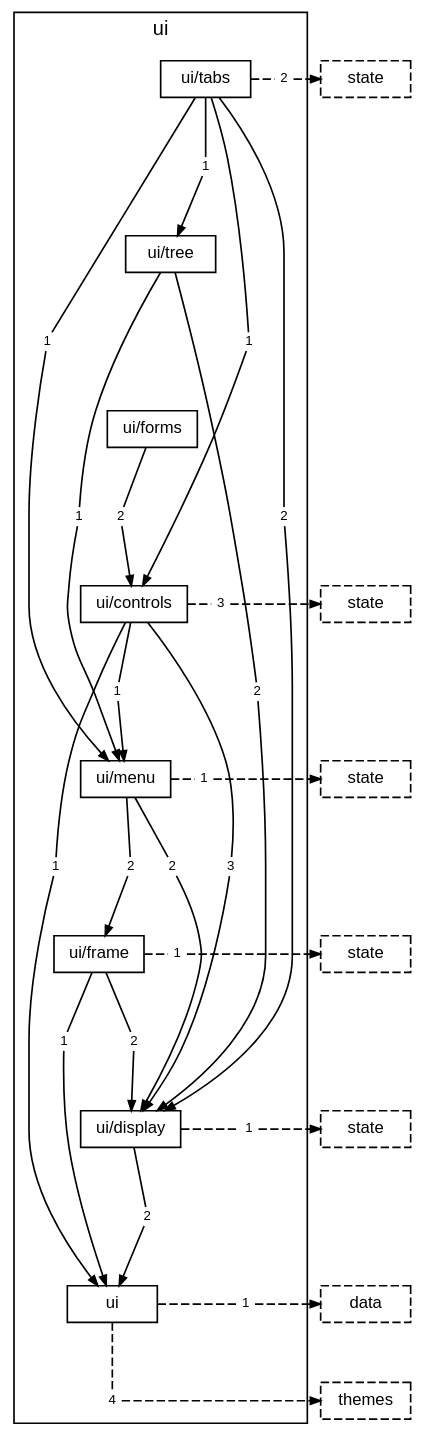
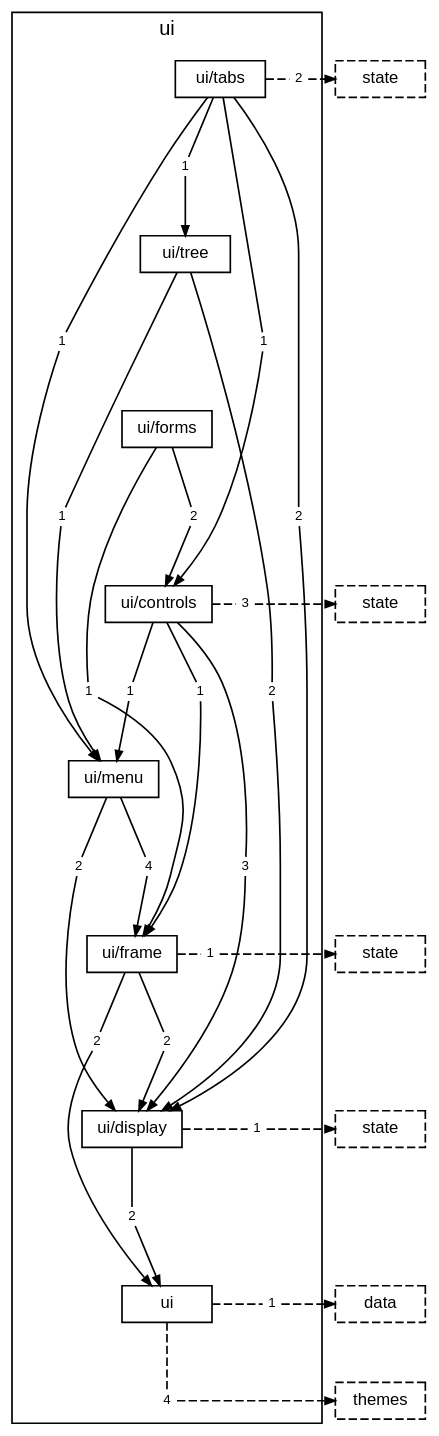
One commit to TheAxeC/oculus changed the diagram in docs/diagrams/layer-ui.dot. Above: the diagram before and after it, drawn with Graphviz. The commit also changed 66 other files, not shown here.

```diff
--- a/docs/diagrams/layer-ui.dot
+++ b/docs/diagrams/layer-ui.dot
@@ -1,103 +1,101 @@
 digraph layer_ui {
     graph [bgcolor="transparent", rankdir=TB, newrank=true, fontname="Helvetica,Arial,sans-serif", fontsize=12, nodesep=0.2, ranksep=0.5];
     node [shape=box, color="black", fontcolor="black", fontname="Helvetica,Arial,sans-serif", fontsize=10, height=0.3, margin="0.12,0.04"];
     edge [color="black", fontcolor="black", fontname="Helvetica,Arial,sans-serif", fontsize=8, arrowsize=0.6];
     subgraph "cluster_ui" {
         label="ui"; style=solid;
         "folder ui/tabs" [label="ui/tabs"];
         "folder ui/tree" [label="ui/tree"];
         "folder ui/forms" [label="ui/forms"];
         "folder ui/controls" [label="ui/controls"];
         "folder ui/menu" [label="ui/menu"];
         "folder ui/frame" [label="ui/frame"];
         "folder ui/display" [label="ui/display"];
         "folder ui" [label="ui"];
         "folder ui/tabs to folder ui/controls" [label="1", shape=box, color="transparent", fontsize=8, width=0, height=0, margin="0.04,0.02"];
         "folder ui/tabs to folder ui/display" [label="2", shape=box, color="transparent", fontsize=8, width=0, height=0, margin="0.04,0.02"];
         "folder ui/tabs to folder ui/menu" [label="1", shape=box, color="transparent", fontsize=8, width=0, height=0, margin="0.04,0.02"];
         "folder ui/tabs to folder ui/tree" [label="1", shape=box, color="transparent", fontsize=8, width=0, height=0, margin="0.04,0.02"];
         "folder ui/tabs to layer state" [label="2", shape=box, color="transparent", fontsize=8, width=0, height=0, margin="0.04,0.02"];
         "folder ui/tree to folder ui/display" [label="2", shape=box, color="transparent", fontsize=8, width=0, height=0, margin="0.04,0.02"];
         "folder ui/tree to folder ui/menu" [label="1", shape=box, color="transparent", fontsize=8, width=0, height=0, margin="0.04,0.02"];
         "folder ui/forms to folder ui/controls" [label="2", shape=box, color="transparent", fontsize=8, width=0, height=0, margin="0.04,0.02"];
-        "folder ui/controls to folder ui" [label="1", shape=box, color="transparent", fontsize=8, width=0, height=0, margin="0.04,0.02"];
+        "folder ui/forms to folder ui/frame" [label="1", shape=box, color="transparent", fontsize=8, width=0, height=0, margin="0.04,0.02"];
         "folder ui/controls to folder ui/display" [label="3", shape=box, color="transparent", fontsize=8, width=0, height=0, margin="0.04,0.02"];
+        "folder ui/controls to folder ui/frame" [label="1", shape=box, color="transparent", fontsize=8, width=0, height=0, margin="0.04,0.02"];
         "folder ui/controls to folder ui/menu" [label="1", shape=box, color="transparent", fontsize=8, width=0, height=0, margin="0.04,0.02"];
         "folder ui/controls to layer state" [label="3", shape=box, color="transparent", fontsize=8, width=0, height=0, margin="0.04,0.02"];
         "folder ui/menu to folder ui/display" [label="2", shape=box, color="transparent", fontsize=8, width=0, height=0, margin="0.04,0.02"];
-        "folder ui/menu to folder ui/frame" [label="2", shape=box, color="transparent", fontsize=8, width=0, height=0, margin="0.04,0.02"];
-        "folder ui/menu to layer state" [label="1", shape=box, color="transparent", fontsize=8, width=0, height=0, margin="0.04,0.02"];
-        "folder ui/frame to folder ui" [label="1", shape=box, color="transparent", fontsize=8, width=0, height=0, margin="0.04,0.02"];
+        "folder ui/menu to folder ui/frame" [label="4", shape=box, color="transparent", fontsize=8, width=0, height=0, margin="0.04,0.02"];
+        "folder ui/frame to folder ui" [label="2", shape=box, color="transparent", fontsize=8, width=0, height=0, margin="0.04,0.02"];
         "folder ui/frame to folder ui/display" [label="2", shape=box, color="transparent", fontsize=8, width=0, height=0, margin="0.04,0.02"];
         "folder ui/frame to layer state" [label="1", shape=box, color="transparent", fontsize=8, width=0, height=0, margin="0.04,0.02"];
         "folder ui/display to folder ui" [label="2", shape=box, color="transparent", fontsize=8, width=0, height=0, margin="0.04,0.02"];
         "folder ui/display to layer state" [label="1", shape=box, color="transparent", fontsize=8, width=0, height=0, margin="0.04,0.02"];
         "folder ui to layer data" [label="1", shape=box, color="transparent", fontsize=8, width=0, height=0, margin="0.04,0.02"];
         "folder ui to layer themes" [label="4", shape=box, color="transparent", fontsize=8, width=0, height=0, margin="0.04,0.02"];
     }
     "layer state from folder ui/tabs" [label="state", style=dashed];
     "layer state from folder ui/controls" [label="state", style=dashed];
-    "layer state from folder ui/menu" [label="state", style=dashed];
     "layer state from folder ui/frame" [label="state", style=dashed];
     "layer state from folder ui/display" [label="state", style=dashed];
     "layer data from folder ui" [label="data", style=dashed];
     "layer themes from folder ui" [label="themes", style=dashed];
     "folder ui/tabs" -> "folder ui/tree" [style=invis, weight=10, minlen=2];
     "folder ui/tree" -> "folder ui/forms" [style=invis, weight=10, minlen=2];
     "folder ui/forms" -> "folder ui/controls" [style=invis, weight=10, minlen=2];
     "folder ui/controls" -> "folder ui/menu" [style=invis, weight=10, minlen=2];
     "folder ui/menu" -> "folder ui/frame" [style=invis, weight=10, minlen=2];
     "folder ui/frame" -> "folder ui/display" [style=invis, weight=10, minlen=2];
     "folder ui/display" -> "folder ui" [style=invis, weight=10, minlen=2];
     "folder ui/tabs" -> "folder ui/tabs to folder ui/controls" [arrowhead=none, minlen=3, weight=10];
     "folder ui/tabs to folder ui/controls" -> "folder ui/controls" [];
     "folder ui/tabs" -> "folder ui/tabs to folder ui/display" [arrowhead=none, minlen=5, weight=10];
     "folder ui/tabs to folder ui/display" -> "folder ui/display" [];
     "folder ui/tabs" -> "folder ui/tabs to folder ui/menu" [arrowhead=none, minlen=3, weight=10];
     "folder ui/tabs to folder ui/menu" -> "folder ui/menu" [];
     "folder ui/tabs" -> "folder ui/tabs to folder ui/tree" [arrowhead=none, minlen=1, weight=10];
     "folder ui/tabs to folder ui/tree" -> "folder ui/tree" [];
     "folder ui/tabs" -> "folder ui/tabs to layer state" [arrowhead=none, style=dashed];
     "folder ui/tabs to layer state" -> "layer state from folder ui/tabs" [style=dashed];
     { rank=same; "folder ui/tabs"; "folder ui/tabs to layer state"; "layer state from folder ui/tabs"; }
     "folder ui/tree" -> "folder ui/tree to folder ui/display" [arrowhead=none, minlen=5, weight=10];
     "folder ui/tree to folder ui/display" -> "folder ui/display" [];
     "folder ui/tree" -> "folder ui/tree to folder ui/menu" [arrowhead=none, minlen=3, weight=10];
     "folder ui/tree to folder ui/menu" -> "folder ui/menu" [];
     "folder ui/forms" -> "folder ui/forms to folder ui/controls" [arrowhead=none, minlen=1, weight=10];
     "folder ui/forms to folder ui/controls" -> "folder ui/controls" [];
-    "folder ui/controls" -> "folder ui/controls to folder ui" [arrowhead=none, minlen=3, weight=10];
-    "folder ui/controls to folder ui" -> "folder ui" [];
+    "folder ui/forms" -> "folder ui/forms to folder ui/frame" [arrowhead=none, minlen=3, weight=10];
+    "folder ui/forms to folder ui/frame" -> "folder ui/frame" [];
     "folder ui/controls" -> "folder ui/controls to folder ui/display" [arrowhead=none, minlen=3, weight=10];
     "folder ui/controls to folder ui/display" -> "folder ui/display" [];
+    "folder ui/controls" -> "folder ui/controls to folder ui/frame" [arrowhead=none, minlen=1, weight=10];
+    "folder ui/controls to folder ui/frame" -> "folder ui/frame" [];
     "folder ui/controls" -> "folder ui/controls to folder ui/menu" [arrowhead=none, minlen=1, weight=10];
     "folder ui/controls to folder ui/menu" -> "folder ui/menu" [];
     "folder ui/controls" -> "folder ui/controls to layer state" [arrowhead=none, style=dashed];
     "folder ui/controls to layer state" -> "layer state from folder ui/controls" [style=dashed];
     { rank=same; "folder ui/controls"; "folder ui/controls to layer state"; "layer state from folder ui/controls"; }
     "folder ui/menu" -> "folder ui/menu to folder ui/display" [arrowhead=none, minlen=1, weight=10];
     "folder ui/menu to folder ui/display" -> "folder ui/display" [];
     "folder ui/menu" -> "folder ui/menu to folder ui/frame" [arrowhead=none, minlen=1, weight=10];
     "folder ui/menu to folder ui/frame" -> "folder ui/frame" [];
-    "folder ui/menu" -> "folder ui/menu to layer state" [arrowhead=none, style=dashed];
-    "folder ui/menu to layer state" -> "layer state from folder ui/menu" [style=dashed];
-    { rank=same; "folder ui/menu"; "folder ui/menu to layer state"; "layer state from folder ui/menu"; }
     "folder ui/frame" -> "folder ui/frame to folder ui" [arrowhead=none, minlen=1, weight=10];
     "folder ui/frame to folder ui" -> "folder ui" [];
     "folder ui/frame" -> "folder ui/frame to folder ui/display" [arrowhead=none, minlen=1, weight=10];
     "folder ui/frame to folder ui/display" -> "folder ui/display" [];
     "folder ui/frame" -> "folder ui/frame to layer state" [arrowhead=none, style=dashed];
     "folder ui/frame to layer state" -> "layer state from folder ui/frame" [style=dashed];
     { rank=same; "folder ui/frame"; "folder ui/frame to layer state"; "layer state from folder ui/frame"; }
     "folder ui/display" -> "folder ui/display to folder ui" [arrowhead=none, minlen=1, weight=10];
     "folder ui/display to folder ui" -> "folder ui" [];
     "folder ui/display" -> "folder ui/display to layer state" [arrowhead=none, style=dashed];
     "folder ui/display to layer state" -> "layer state from folder ui/display" [style=dashed];
     { rank=same; "folder ui/display"; "folder ui/display to layer state"; "layer state from folder ui/display"; }
     "folder ui" -> "folder ui to layer data" [arrowhead=none, style=dashed];
     "folder ui to layer data" -> "layer data from folder ui" [style=dashed];
     { rank=same; "folder ui"; "folder ui to layer data"; "layer data from folder ui"; }
     "folder ui" -> "folder ui to layer themes" [arrowhead=none, style=dashed, minlen=1, weight=10];
     "folder ui to layer themes" -> "layer themes from folder ui" [style=dashed];
     { rank=same; "folder ui to layer themes"; "layer themes from folder ui"; }
 }
```
